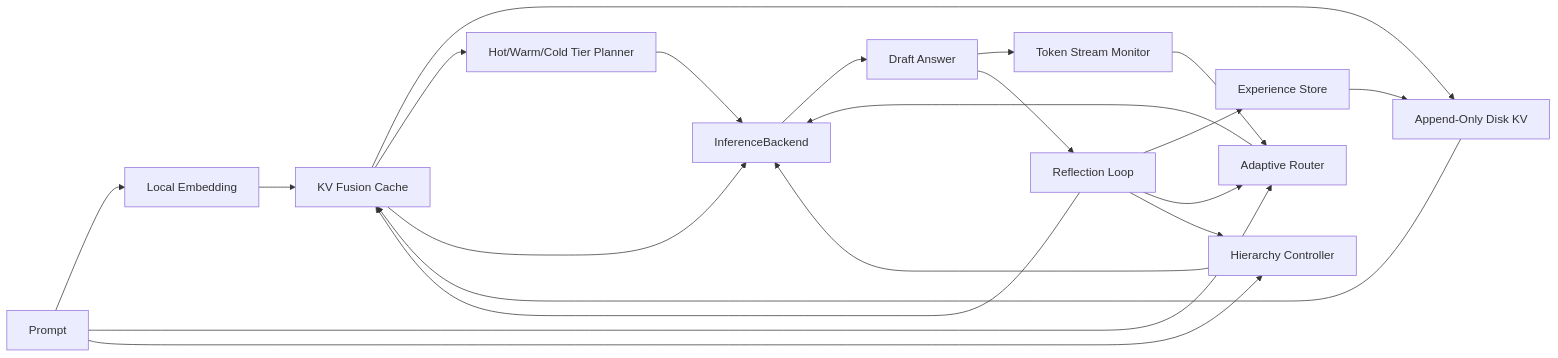
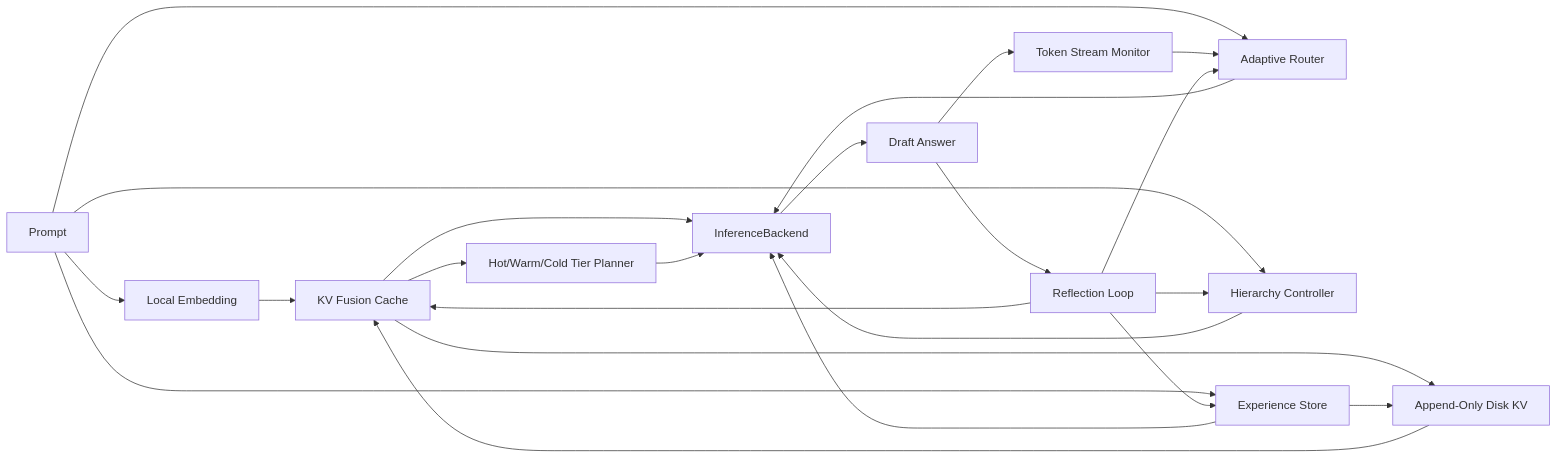
The diagram in README.md (yanghao1143/rust-norion), drawn with Mermaid before and after one commit. The commit also changed other lines of this file and 4 other files, not shown here.

````diff
--- a/README.md
+++ b/README.md
@@ -92,23 +92,25 @@
 ```mermaid
 flowchart LR
     Prompt[Prompt] --> Embed[Local Embedding]
     Embed --> Memory[KV Fusion Cache]
     Memory --> DiskKV[Append-Only Disk KV]
     Memory --> Tiers[Hot/Warm/Cold Tier Planner]
     Prompt --> Router[Adaptive Router]
     Prompt --> Hierarchy[Hierarchy Controller]
+    Prompt --> Experience[Experience Store]
     Memory --> Backend[InferenceBackend]
     DiskKV --> Memory
     Tiers --> Backend
+    Experience --> Backend
     Router --> Backend
     Hierarchy --> Backend
     Backend --> Draft[Draft Answer]
     Draft --> Stream[Token Stream Monitor]
     Draft --> Reflect[Reflection Loop]
     Stream --> Router
     Reflect --> Experience[Experience Store]
     Reflect --> Memory
     Experience --> DiskKV
     Reflect --> Router
     Reflect --> Hierarchy
 ```
````
